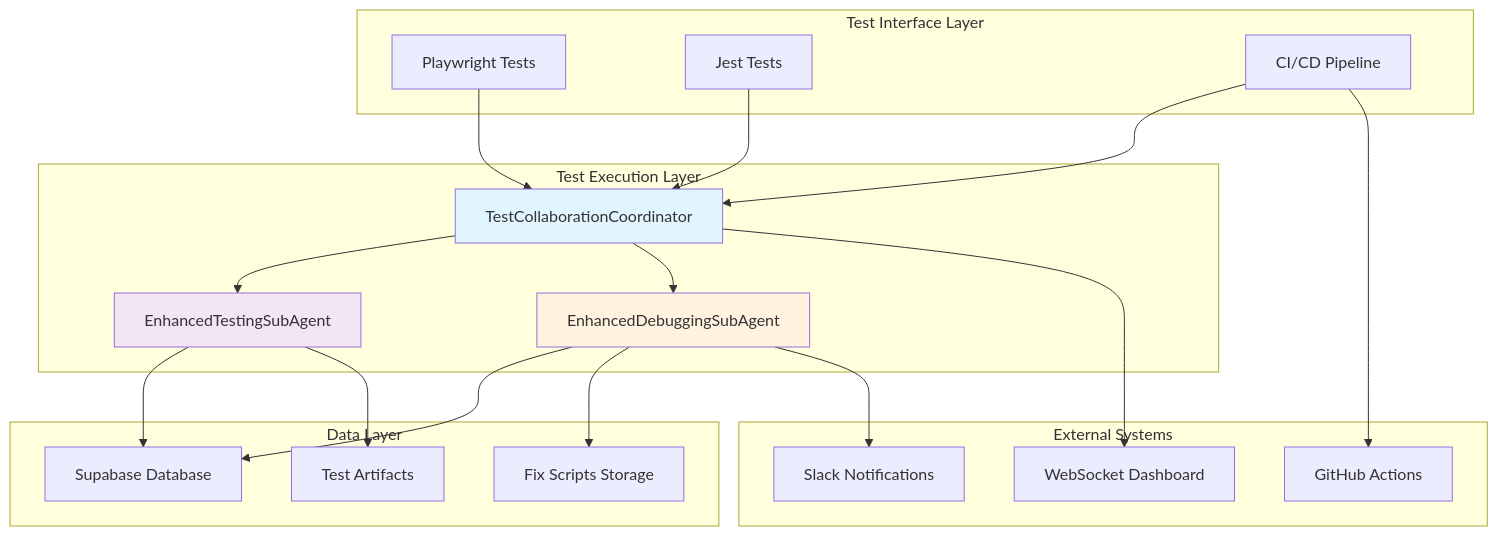
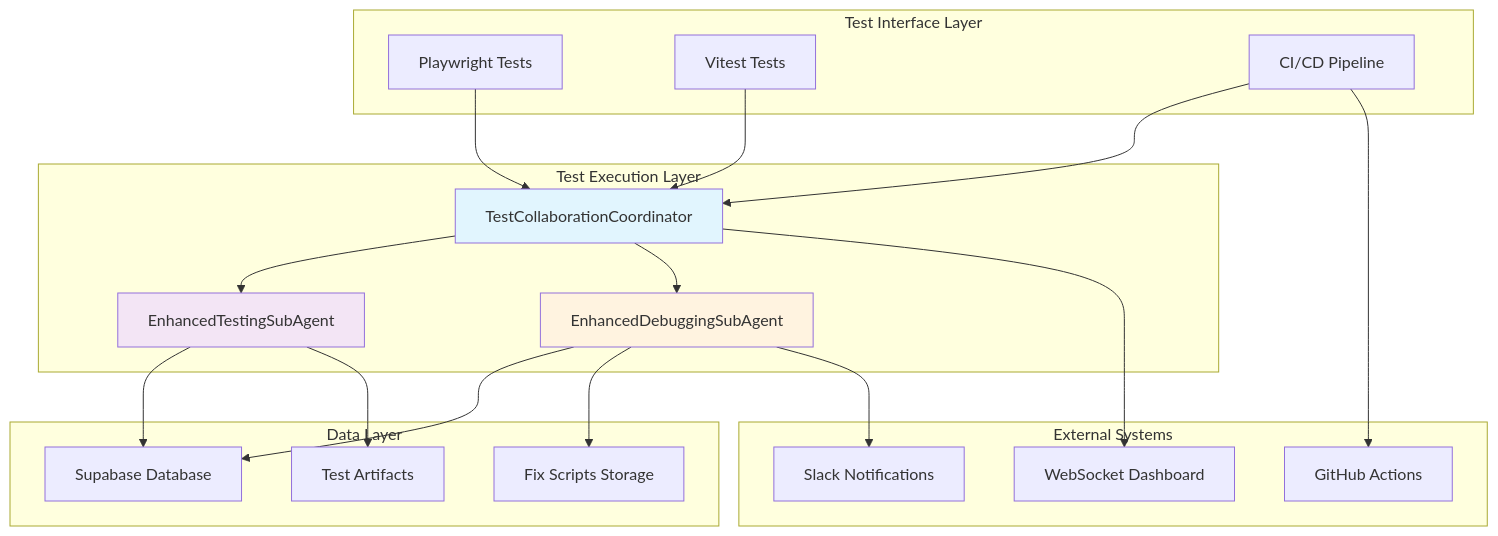
Before and after one commit to rickfelix/EHG_Engineer: the first of 13 diagrams in docs/05_testing/enhanced-architecture.md, drawn with Mermaid. The commit also changed other lines of this file and 26 other files, not shown here.

First line of the commit message:
docs: replace all Jest references with Vitest across documentation

````diff
--- a/docs/05_testing/enhanced-architecture.md
+++ b/docs/05_testing/enhanced-architecture.md
@@ -18,46 +18,46 @@
 ```mermaid
 graph TB
     subgraph "Test Execution Layer"
         TC[TestCollaborationCoordinator]
         TSA[EnhancedTestingSubAgent]
         DSA[EnhancedDebuggingSubAgent]
     end
     
     subgraph "Test Interface Layer"
         PW[Playwright Tests]
-        JEST[Jest Tests]
+        VT[Vitest Tests]
         CI[CI/CD Pipeline]
     end
     
     subgraph "Data Layer"
         SB[Supabase Database]
         FS[Fix Scripts Storage]
         AR[Test Artifacts]
     end
     
     subgraph "External Systems"
         WS[WebSocket Dashboard]
         GH[GitHub Actions]
         SL[Slack Notifications]
     end
     
     PW --> TC
-    JEST --> TC
+    VT --> TC
     CI --> TC
     
     TC --> TSA
     TC --> DSA
     
     TSA --> SB
     DSA --> SB
     DSA --> FS
     TSA --> AR
     
     TC --> WS
     CI --> GH
     DSA --> SL
     
     style TC fill:#e1f5fe
     style TSA fill:#f3e5f5
     style DSA fill:#fff3e0
 ```
````
